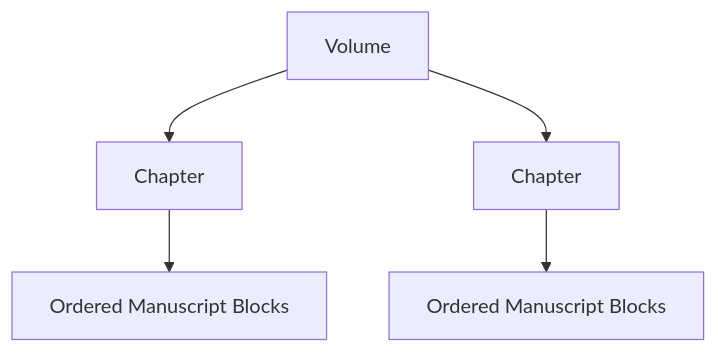
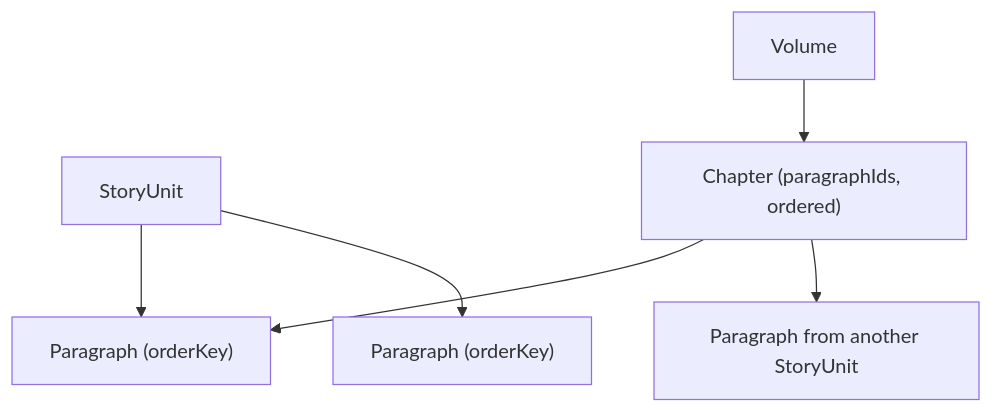
One commit to fanghuarunbalala/nova-writing changed the fourth of 12 diagrams in docs/novel-domain.md. Above: the diagram before and after it, drawn with Mermaid. The commit also changed other lines of this file and 2 other files, not shown here.

````diff
--- a/docs/novel-domain.md
+++ b/docs/novel-domain.md
@@ -557,7 +561,8 @@
 ```mermaid
 flowchart TD
-    Volume["Volume"] --> ChapterA["Chapter"]
-    Volume --> ChapterB["Chapter"]
-    ChapterA --> BlocksA["Ordered Manuscript Blocks"]
-    ChapterB --> BlocksB["Ordered Manuscript Blocks"]
+    StoryUnit["StoryUnit"] --> P1["Paragraph (orderKey)"]
+    StoryUnit --> P2["Paragraph (orderKey)"]
+    Chapter["Chapter (paragraphIds, ordered)"] --> P1
+    Chapter --> P3["Paragraph from another StoryUnit"]
+    Volume["Volume"] --> Chapter
 ```
````
